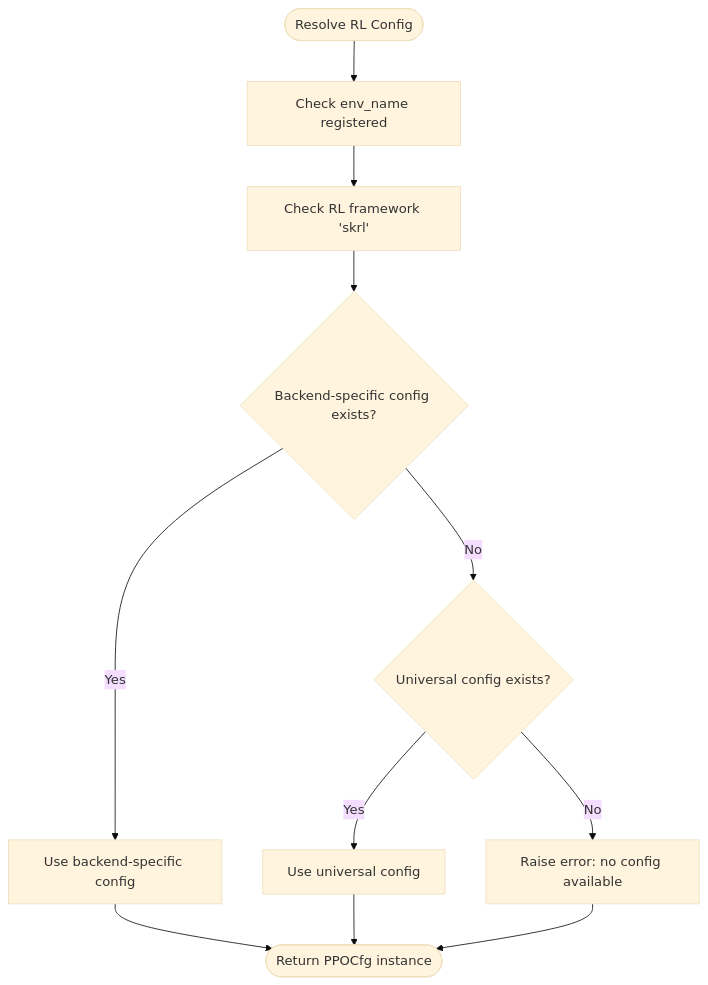
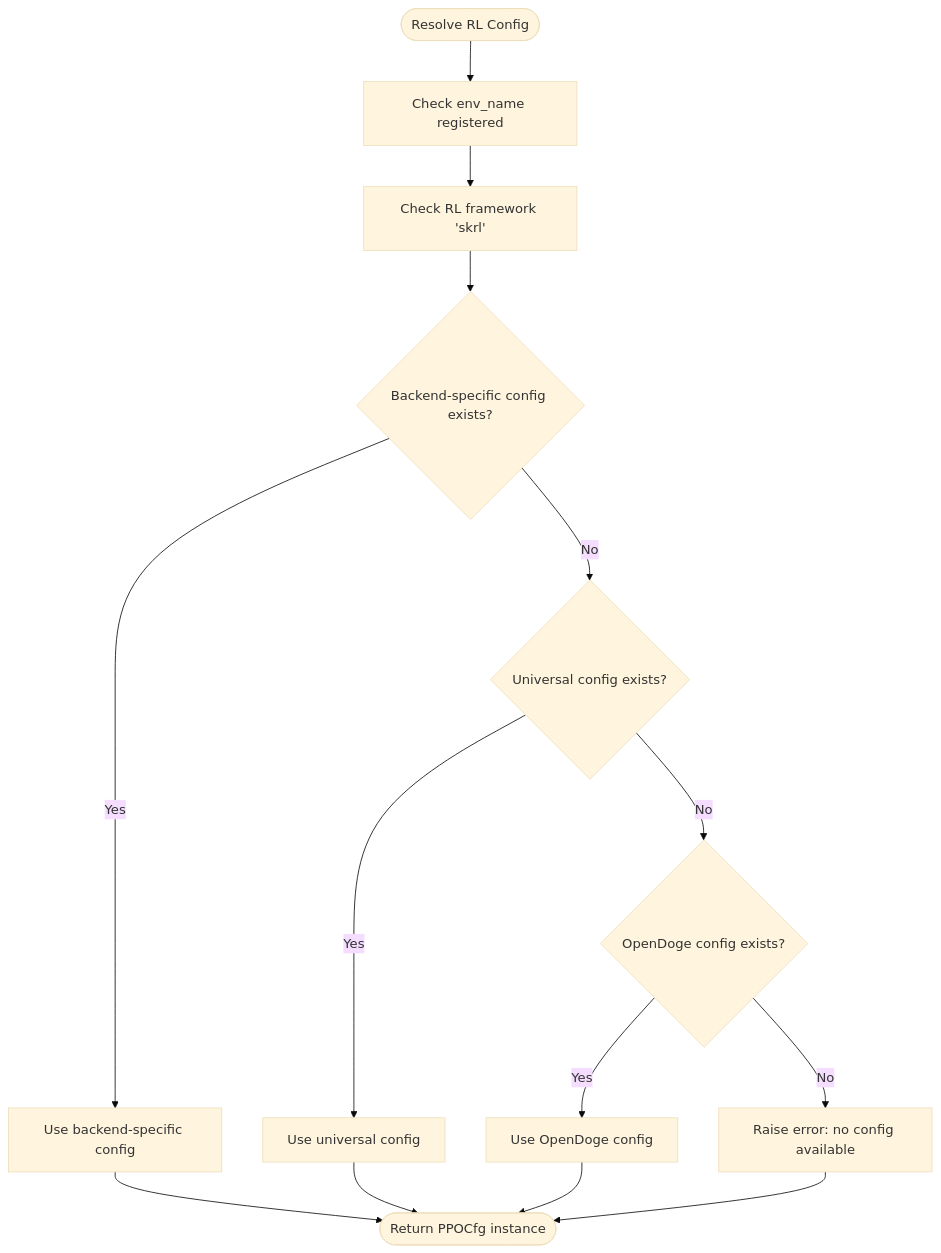
One commit to jayjayhust/MotrixLab changed the fourth of 10 diagrams in .qoder/repowiki/en/content/Training Framework Integration/Training Framework Integration.md. Above: the diagram before and after it, drawn with Mermaid (base theme). The commit also changed other lines of this file and 8 other files, not shown here.

````diff
--- a/.qoder/repowiki/en/content/Training Framework Integration/Training Framework Integration.md
+++ b/.qoder/repowiki/en/content/Training Framework Integration/Training Framework Integration.md
@@ -234,13 +251,16 @@
 ```mermaid
 flowchart TD
 Start(["Resolve RL Config"]) --> CheckEnv["Check env_name registered"]
 CheckEnv --> CheckFramework["Check RL framework 'skrl'"]
 CheckFramework --> BackendSpecific{"Backend-specific config exists?"}
 BackendSpecific --> |Yes| UseBackend["Use backend-specific config"]
 BackendSpecific --> |No| Universal{"Universal config exists?"}
 Universal --> |Yes| UseUniversal["Use universal config"]
-Universal --> |No| Error["Raise error: no config available"]
+Universal --> |No| OpenDoge{"OpenDoge config exists?"}
+OpenDoge --> |Yes| UseOpenDoge["Use OpenDoge config"]
+OpenDoge --> |No| Error["Raise error: no config available"]
 UseBackend --> End(["Return PPOCfg instance"])
 UseUniversal --> End
+UseOpenDoge --> End
 Error --> End
 ```
````
